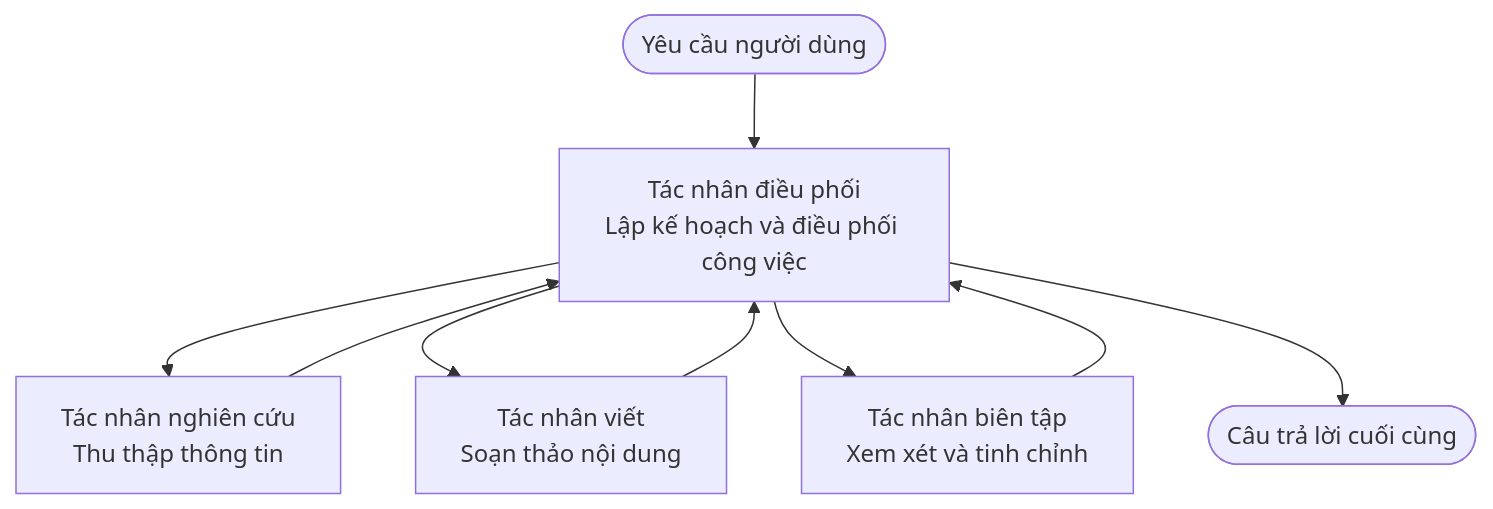
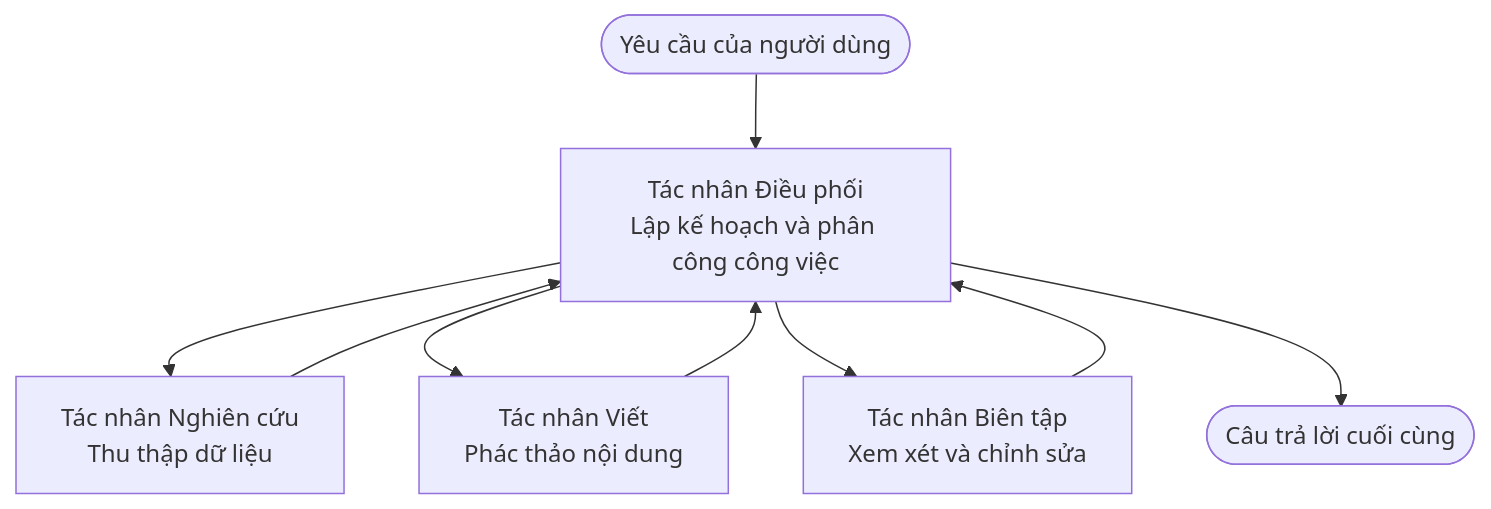
One commit to microsoft/AZD-for-beginners changed the diagram in translations/vi/docs/chapter-05-multi-agent/multi-agent-basics.md. Above: the diagram before and after it, drawn with Mermaid. The commit also changed other lines of this file and 61 other files, not shown here.

````diff
--- a/translations/vi/docs/chapter-05-multi-agent/multi-agent-basics.md
+++ b/translations/vi/docs/chapter-05-multi-agent/multi-agent-basics.md
@@ -43,11 +43,11 @@
 ```mermaid
 graph TD
-    User([Yêu cầu người dùng]) --> Orchestrator[Tác nhân điều phối<br/>Lập kế hoạch và điều phối công việc]
-    Orchestrator --> Researcher[Tác nhân nghiên cứu<br/>Thu thập thông tin]
-    Orchestrator --> Writer[Tác nhân viết<br/>Soạn thảo nội dung]
-    Orchestrator --> Editor[Tác nhân biên tập<br/>Xem xét và tinh chỉnh]
+    User([Yêu cầu của người dùng]) --> Orchestrator[Tác nhân Điều phối<br/>Lập kế hoạch và phân công công việc]
+    Orchestrator --> Researcher[Tác nhân Nghiên cứu<br/>Thu thập dữ liệu]
+    Orchestrator --> Writer[Tác nhân Viết<br/>Phác thảo nội dung]
+    Orchestrator --> Editor[Tác nhân Biên tập<br/>Xem xét và chỉnh sửa]
     Researcher --> Orchestrator
     Writer --> Orchestrator
     Editor --> Orchestrator
     Orchestrator --> Result([Câu trả lời cuối cùng])
 ```
````
